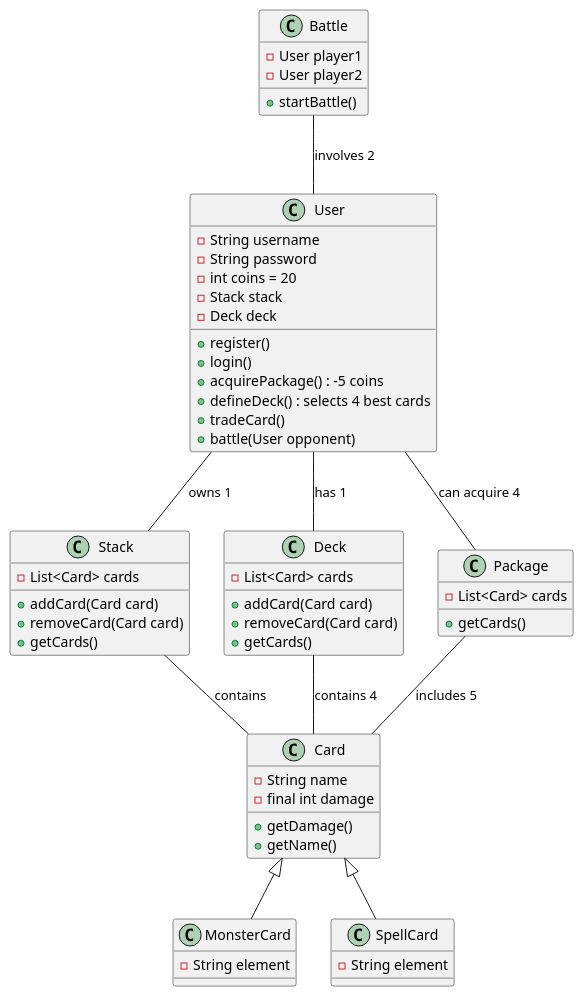
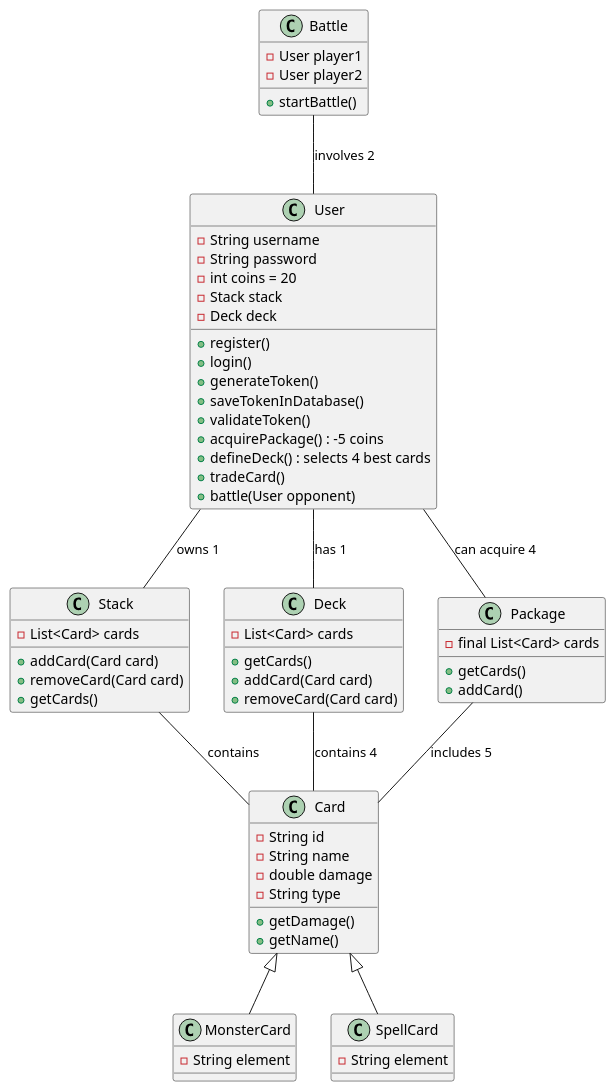
Before and after one commit to if23b066/SWEN1_SemesterProjekt: the diagram in MTCG/src/main/docs/mtcg_classes.puml, drawn with PlantUML. The commit also changed 4 other files, not shown here.

```diff
--- a/MTCG/src/main/docs/mtcg_classes.puml
+++ b/MTCG/src/main/docs/mtcg_classes.puml
@@ -1,65 +1,71 @@
 @startuml
 
 class User {
     - String username
     - String password
     - int coins = 20
     - Stack stack
     - Deck deck
     + register()
     + login()
+    + generateToken()
+    + saveTokenInDatabase()
+    + validateToken()
     + acquirePackage() : -5 coins
     + defineDeck() : selects 4 best cards
     + tradeCard()
     + battle(User opponent)
 }
 
 class Card {
+    - String id
     - String name
-    - final int damage
+    - double damage
+    - String type
     + getDamage()
     + getName()
 }
 
 class MonsterCard extends Card {
     - String element
 }
 
 class SpellCard extends Card {
     - String element
 }
 
 class Stack {
     - List<Card> cards
     + addCard(Card card)
     + removeCard(Card card)
     + getCards()
 }
 
 class Deck {
     - List<Card> cards
+    + getCards()
     + addCard(Card card)
     + removeCard(Card card)
-    + getCards()
 }
 
 class Package {
-    - List<Card> cards
+    - final List<Card> cards
     + getCards()
+    + addCard()
 }
 
 class Battle {
     - User player1
     - User player2
     + startBattle()
 }
 
 User -- Stack : "owns 1"
 User -- Deck : "has 1"
 User -- Package : "can acquire 4"
 Stack -- Card : "contains"
 Deck -- Card : "contains 4"
 Package -- Card : "includes 5"
 Battle -- User : "involves 2"
 
 @enduml
```
